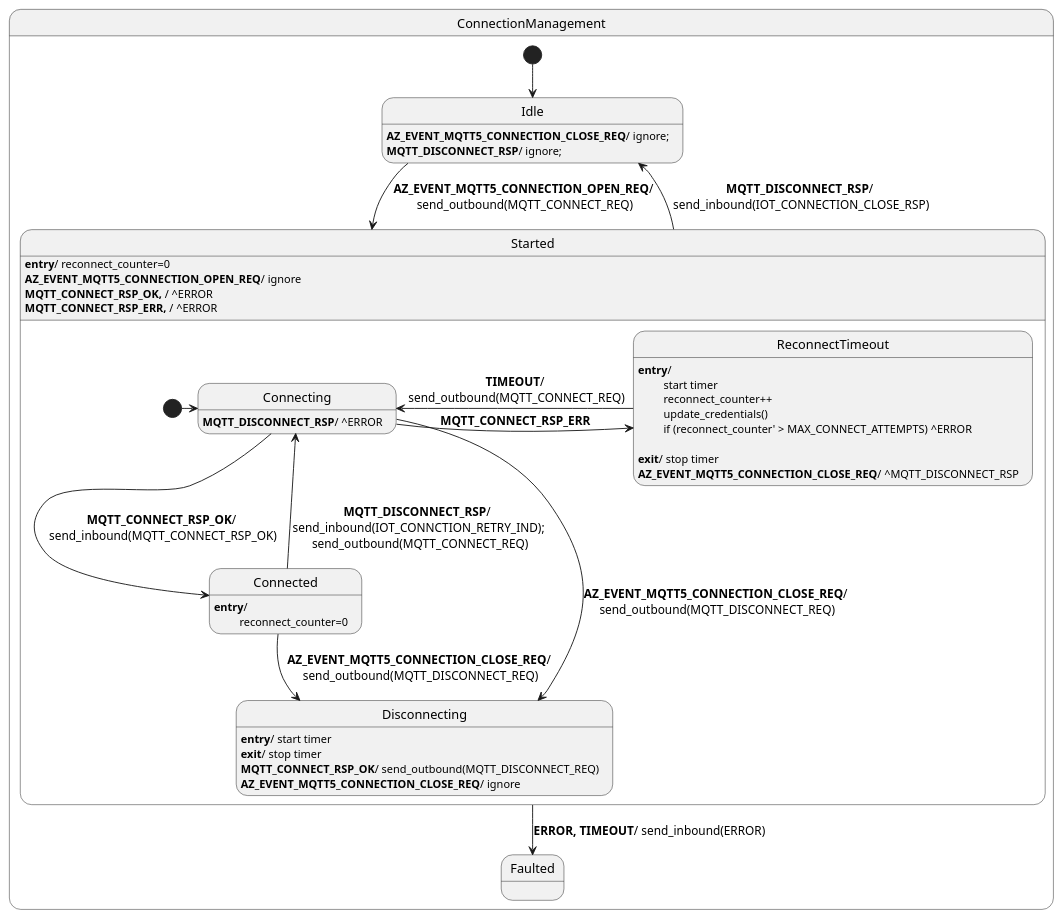
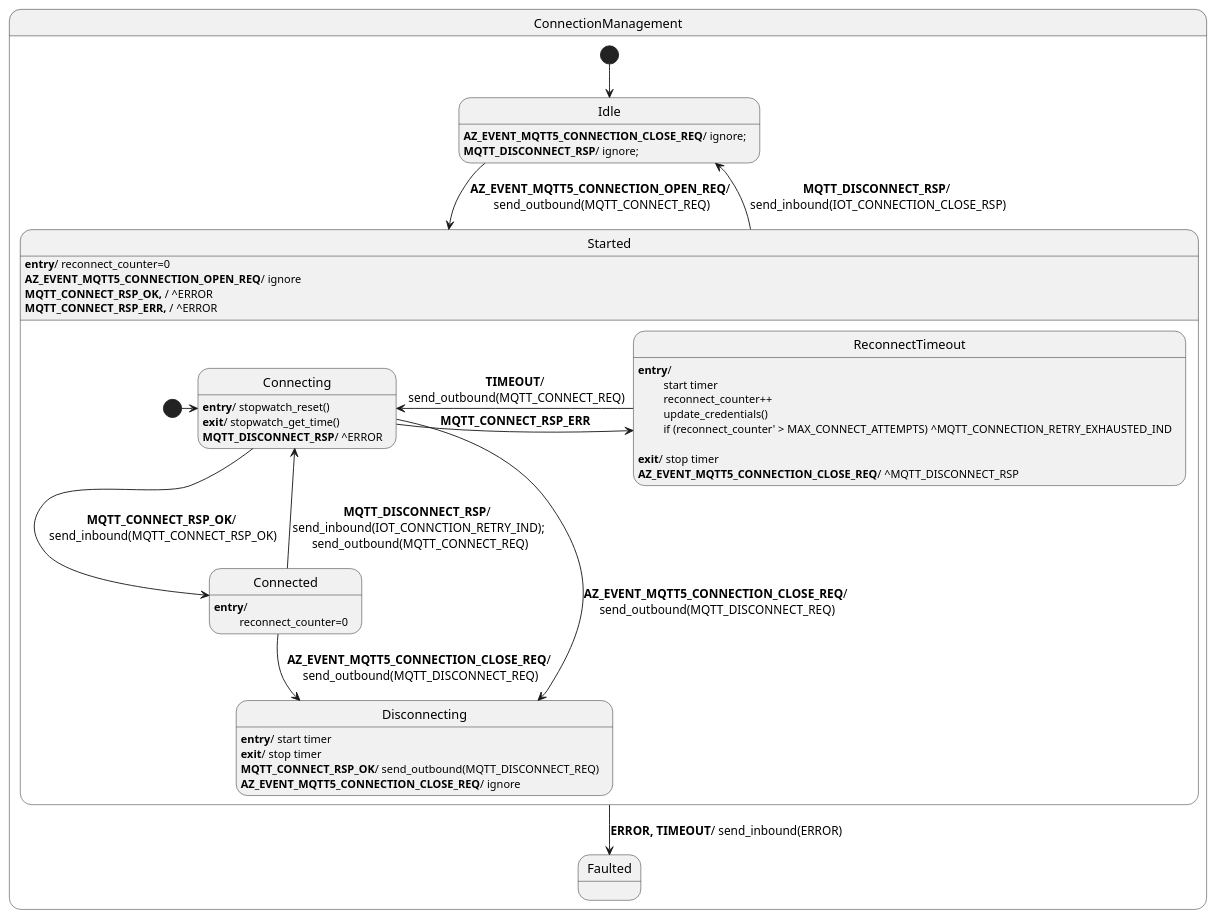
Before and after one commit to Azure/azure-sdk-for-c: the diagram in sdk/docs/core/resources/mqtt_connection.puml, drawn with PlantUML. The commit also changed 17 other files, not shown here.

First line of the commit message:
Connection management retry (#2707)

```diff
--- a/sdk/docs/core/resources/mqtt_connection.puml
+++ b/sdk/docs/core/resources/mqtt_connection.puml
@@ -1,58 +1,60 @@
 @startuml Connection_HFSM
 
 ' Assumptions:
 ' 0. Unknown events are forwarded (in their original direction, either inbound or outbound).
 ' 1. MQTT_CONNECT_REQ is guaranteed to respond with either MQTT_CONNECT_RSP_OK or MQTT_CONNECT_RSP_ERR.
 ' 2. ^EVENT is a shortcut to execute the transition associated with EVENT from the current state (no actual event is sent out).
 ' 3. send_inbound, send_outbound are used to send information to the app and network respectively.
 
 state ConnectionManagement {
     state Idle
     Idle : <b>AZ_EVENT_MQTT5_CONNECTION_CLOSE_REQ</b>/ ignore;
     Idle : <b>MQTT_DISCONNECT_RSP</b>/ ignore;
 
     state Faulted
 
     state Started {
         state Connecting
+        Connecting : <b>entry</b>/ stopwatch_reset()
+        Connecting : <b>exit</b>/ stopwatch_get_time()
         Connecting : <b>MQTT_DISCONNECT_RSP</b>/ ^ERROR
 
         state Connected
         Connected : <b>entry</b>/ 
         Connected : \t reconnect_counter=0
 
         state ReconnectTimeout
         ReconnectTimeout : <b>entry</b>/ 
         ReconnectTimeout : \t start timer
         ReconnectTimeout : \t reconnect_counter++
         ReconnectTimeout : \t update_credentials()
-        ReconnectTimeout : \t if (reconnect_counter' > MAX_CONNECT_ATTEMPTS) ^ERROR
+        ReconnectTimeout : \t if (reconnect_counter' > MAX_CONNECT_ATTEMPTS) ^MQTT_CONNECTION_RETRY_EXHAUSTED_IND
         ReconnectTimeout : \t 
         ReconnectTimeout : <b>exit</b>/ stop timer
         ReconnectTimeout : <b>AZ_EVENT_MQTT5_CONNECTION_CLOSE_REQ</b>/ ^MQTT_DISCONNECT_RSP
 
         state Disconnecting
         Disconnecting : <b>entry</b>/ start timer 
         Disconnecting : <b>exit</b>/ stop timer
         Disconnecting : <b>MQTT_CONNECT_RSP_OK</b>/ send_outbound(MQTT_DISCONNECT_REQ)
         Disconnecting : <b>AZ_EVENT_MQTT5_CONNECTION_CLOSE_REQ</b>/ ignore
 
         [*] -> Connecting
         Connecting --> Connected : <b>MQTT_CONNECT_RSP_OK</b>/\n send_inbound(MQTT_CONNECT_RSP_OK)
         Connecting -> ReconnectTimeout : <b>MQTT_CONNECT_RSP_ERR</b>
         Connecting --> Disconnecting : <b>AZ_EVENT_MQTT5_CONNECTION_CLOSE_REQ</b>/\n send_outbound(MQTT_DISCONNECT_REQ)
         Connected --> Disconnecting : <b>AZ_EVENT_MQTT5_CONNECTION_CLOSE_REQ</b>/\n send_outbound(MQTT_DISCONNECT_REQ)
         Connected --> Connecting : <b>MQTT_DISCONNECT_RSP</b>/ \nsend_inbound(IOT_CONNCTION_RETRY_IND);\n send_outbound(MQTT_CONNECT_REQ)
         ReconnectTimeout -> Connecting : <b>TIMEOUT</b>/\n send_outbound(MQTT_CONNECT_REQ)
     }
     Started : <b>entry</b>/ reconnect_counter=0
     Started : <b>AZ_EVENT_MQTT5_CONNECTION_OPEN_REQ</b>/ ignore
     Started : <b>MQTT_CONNECT_RSP_OK, </b>/ ^ERROR
     Started : <b>MQTT_CONNECT_RSP_ERR, </b>/ ^ERROR
 
     [*] --> Idle
     Idle -> Started : <b>AZ_EVENT_MQTT5_CONNECTION_OPEN_REQ</b>/\n send_outbound(MQTT_CONNECT_REQ)
     Started --> Idle : <b>MQTT_DISCONNECT_RSP</b>/\n send_inbound(IOT_CONNECTION_CLOSE_RSP)
     Started --> Faulted: <b>ERROR, TIMEOUT</b>/ send_inbound(ERROR)
 }
 @enduml
```
